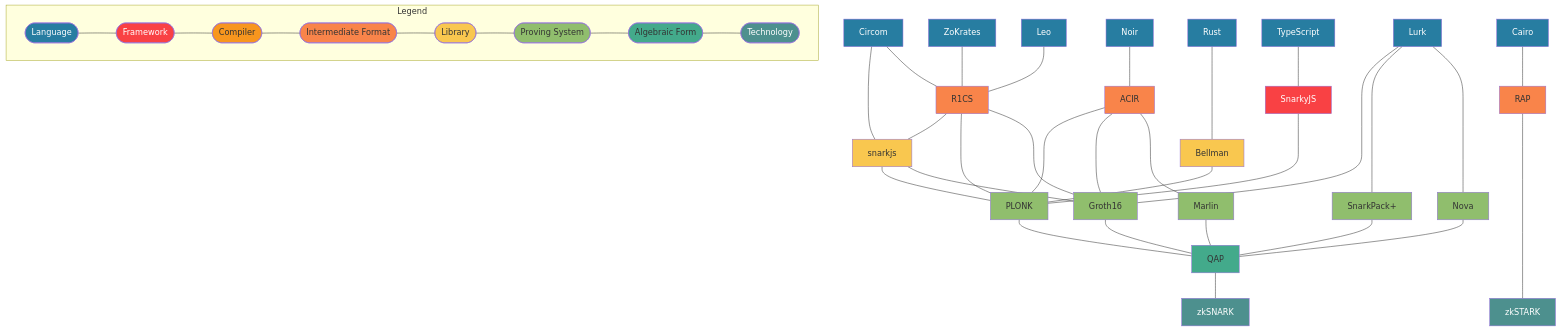
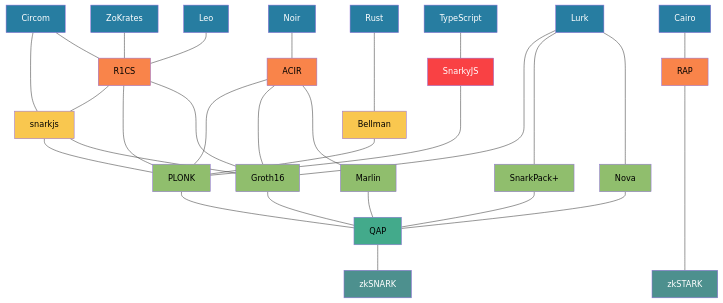
One commit to alxkzmn/zk-atlas changed the first of 2 diagrams in README.md. Above: the diagram before and after it, drawn with Mermaid. The commit also changed other lines of this file, not shown here.

Commit message:
Move legend to the bottom

````diff
--- a/README.md
+++ b/README.md
@@ -5,76 +5,70 @@
 ```mermaid
 graph TD
     TypeScript --- SnarkyJS
     Rust ---- Bellman
     Circom ---- snarkjs 
     Circom --- R1CS
     snarkjs --- PLONK
     snarkjs --- Groth16
     R1CS --- snarkjs
     R1CS --- PLONK
     R1CS --- Groth16
     ZoKrates --- R1CS
     Leo --- R1CS
     Bellman --- PLONK
     Noir --- ACIR
     Marlin --- QAP
     Lurk ----- Groth16
     Lurk ----- SnarkPack[SnarkPack+]
     Lurk ----- Nova
     Groth16 --- QAP
     PLONK --- QAP
     SnarkPack --- QAP
     Nova --- QAP
     ACIR ---- PLONK
     ACIR ---- Groth16
     ACIR ---- Marlin
     QAP --- zkSNARK
     SnarkyJS ---- PLONK
     Cairo --- RAP
     RAP ------ zkSTARK
     
-    subgraph Legend
-        direction LR
-        Lang([Language])---Framework([Framework])---Compiler([Compiler])---Intermediate([Intermediate Format])---Library([Library])---ProvingSystem([Proving System])---AlgebraicForm([Algebraic Form])---Tech([Technology])
-    end
-    
     classDef framework fill:#f94144,color:#fff
     classDef lang fill:#277da1,color:#fff
-    classDef compiler fill:#f8961e
-    classDef intermediate fill:#f9844a
-    classDef lib fill:#f9c74f
-    classDef provingSystem fill:#90be6d
-    classDef algForm fill:#43aa8b
+    classDef compiler fill:#f8961e,color:#000
+    classDef intermediate fill:#f9844a,color:#000
+    classDef lib fill:#f9c74f,color:#000
+    classDef provingSystem fill:#90be6d,color:#000
+    classDef algForm fill:#43aa8b,color:#000
     classDef tech fill:#4d908e,color:#fff
-    classDef color9 fill:#f3722c
-    classDef color10 fill:#577590
+    classDef color9 fill:#f3722c,color:#000
+    classDef color10 fill:#577590,color:#000
     
-    class Framework,SnarkyJS framework
-    class Lang,Circom,ZoKrates,Leo,Noir,Cairo,Lurk,Rust,TypeScript lang
-    class Compiler compiler
-    class Intermediate,R1CS,ACIR,RAP intermediate
-    class Library,snarkjs,Bellman lib
-    class ProvingSystem,Groth16,PLONK,Marlin,SnarkPack,Nova provingSystem
-    class AlgebraicForm,QAP algForm
-    class Tech,zkSNARK,zkSTARK tech
+    class SnarkyJS framework
+    class Circom,ZoKrates,Leo,Noir,Cairo,Lurk,Rust,TypeScript lang
+    class R1CS,ACIR,RAP intermediate
+    class snarkjs,Bellman lib
+    class Groth16,PLONK,Marlin,SnarkPack,Nova provingSystem
+    class QAP algForm
+    class zkSNARK,zkSTARK tech
     
     click Circom href "https://docs.circom.io/"
     click ZoKrates href "https://zokrates.github.io/"
     click Leo href "https://leo-lang.org/"
     click Noir href "https://docs.aztec.network/developers/noir"
     click snarkjs href "https://github.com/iden3/snarkjs"
     click Cairo href "https://eprint.iacr.org/2021/1063.pdf"
     click RAP href "https://eprint.iacr.org/2021/1063.pdf"
     click Lurk href "https://github.com/lurk-lang"
     click SnarkPack href "https://research.protocol.ai/blog/2021/snarkpack-how-to-aggregate-snarks-efficiently/"
     click Nova href "https://github.com/microsoft/Nova"
     click Bellman href "https://github.com/matter-labs/bellman"
     click Rust href "https://www.rust-lang.org/"
     click SnarkyJS href "https://github.com/o1-labs/snarkyjs"
     click TypeScript href "https://www.typescriptlang.org/"
     click ACIR href "https://noir-lang.github.io/book/acir.html"
     click PLONK href "https://eprint.iacr.org/2019/953.pdf"
     click Groth16 href "https://eprint.iacr.org/2016/260.pdf"
     click Marlin href "https://eprint.iacr.org/2019/1047.pdf"
     click zkSTARK href "https://eprint.iacr.org/2018/046.pdf"
 ```
````
